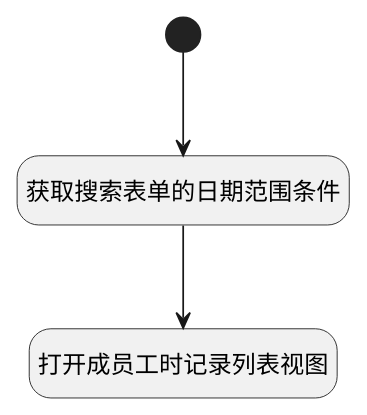
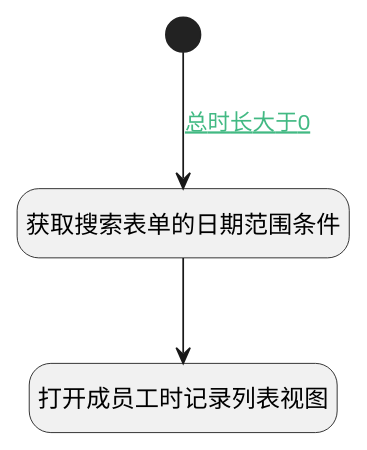
The diagram in doc/docsify/module/Base/workload/uilogic/open_member_detail.md (iBizLab/plm), drawn with PlantUML before and after one commit. The commit also changed other lines of this file and 1068 other files, not shown here.

````diff
--- a/doc/docsify/module/Base/workload/uilogic/open_member_detail.md
+++ b/doc/docsify/module/Base/workload/uilogic/open_member_detail.md
@@ -7,21 +7,21 @@
 ```plantuml
 @startuml
 hide footbox
 <style>
 root {
   HyperlinkColor #42b983
 }
 </style>
 
 hide empty description
 state "开始" as Begin <<start>> [[$./open_member_detail#begin {开始}]]
 state "打开成员工时记录列表视图" as DEUIACTION1  [[$./open_member_detail#deuiaction1 {打开成员工时记录列表视图}]]
 state "获取搜索表单的日期范围条件" as RAWJSCODE1  [[$./open_member_detail#rawjscode1 {获取搜索表单的日期范围条件}]]
 
 
-Begin --> RAWJSCODE1
+Begin --> RAWJSCODE1 : [[$./open_member_detail#begin-rawjscode1{总时长大于0} 总时长大于0]]
 RAWJSCODE1 --> DEUIACTION1
 
 
 @enduml
 ```
````
